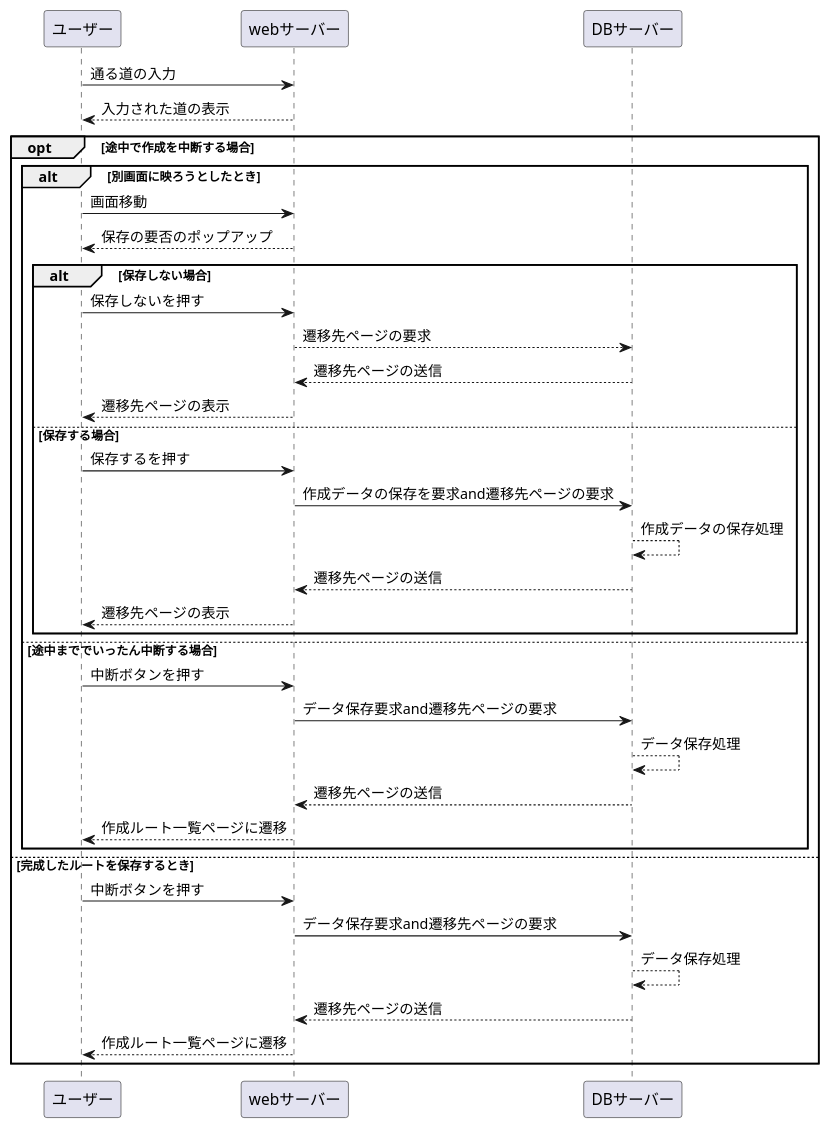
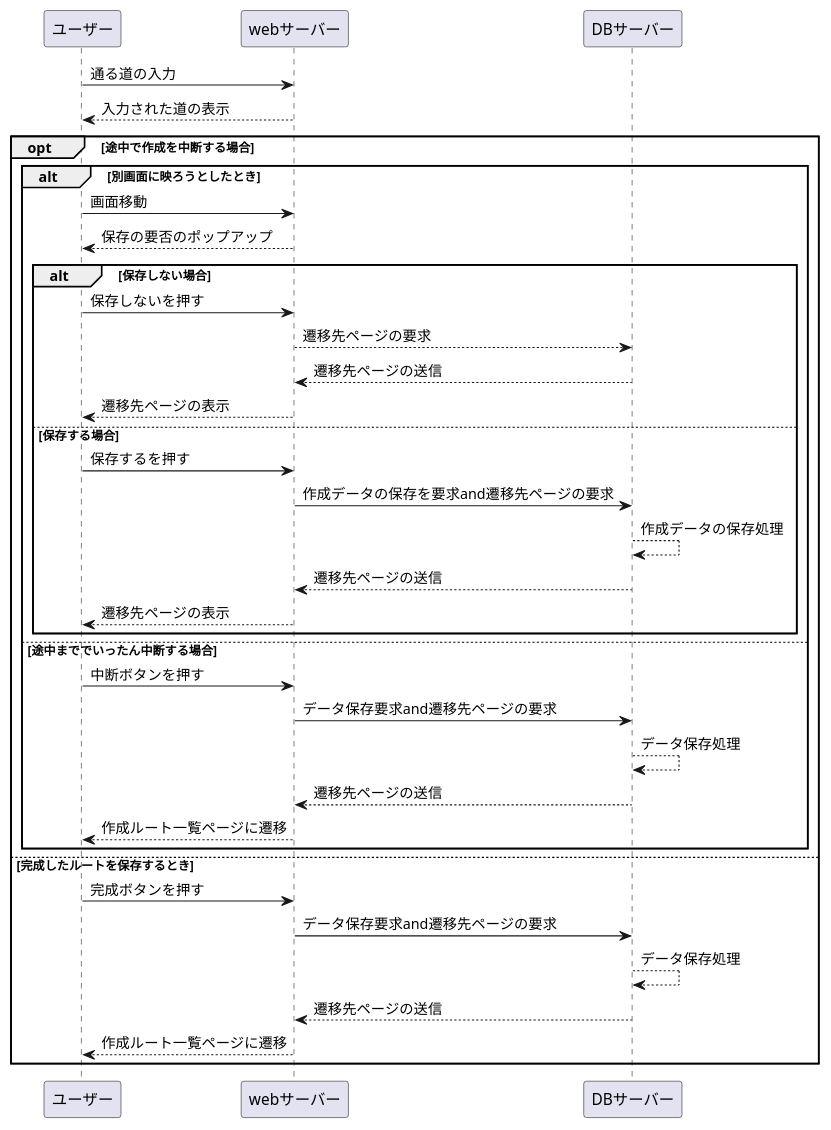
Before and after one commit to AsoSD3A3/CyclingSystem: the diagram in 業務フロー図/rootcreate_flow.md, drawn with PlantUML.

````diff
--- a/業務フロー図/rootcreate_flow.md
+++ b/業務フロー図/rootcreate_flow.md
@@ -1,53 +1,53 @@
 ```uml
 @startuml
 
 ユーザー -> webサーバー : 通る道の入力
 webサーバー --> ユーザー : 入力された道の表示
 
 opt 途中で作成を中断する場合
 
 alt 別画面に映ろうとしたとき
 
 ユーザー -> webサーバー : 画面移動
 webサーバー --> ユーザー : 保存の要否のポップアップ
 
 alt 保存しない場合
 
 ユーザー -> webサーバー : 保存しないを押す
 webサーバー --> DBサーバー : 遷移先ページの要求
 DBサーバー --> webサーバー : 遷移先ページの送信
 webサーバー --> ユーザー : 遷移先ページの表示
 
 
 else 保存する場合
 
 ユーザー -> webサーバー : 保存するを押す
 webサーバー -> DBサーバー : 作成データの保存を要求and遷移先ページの要求
 DBサーバー --> DBサーバー : 作成データの保存処理
 DBサーバー --> webサーバー : 遷移先ページの送信
 webサーバー --> ユーザー : 遷移先ページの表示
 
 end
 
 else 途中まででいったん中断する場合
 
 ユーザー -> webサーバー : 中断ボタンを押す
 webサーバー -> DBサーバー : データ保存要求and遷移先ページの要求
 DBサーバー --> DBサーバー : データ保存処理
 DBサーバー --> webサーバー : 遷移先ページの送信
 webサーバー --> ユーザー : 作成ルート一覧ページに遷移
 
 end
 
 else 完成したルートを保存するとき
 
-ユーザー -> webサーバー : 中断ボタンを押す
+ユーザー -> webサーバー : 完成ボタンを押す
 webサーバー -> DBサーバー : データ保存要求and遷移先ページの要求
 DBサーバー --> DBサーバー : データ保存処理
 DBサーバー --> webサーバー : 遷移先ページの送信
 webサーバー --> ユーザー : 作成ルート一覧ページに遷移
 
 end
 
 @enduml
 ```
````
